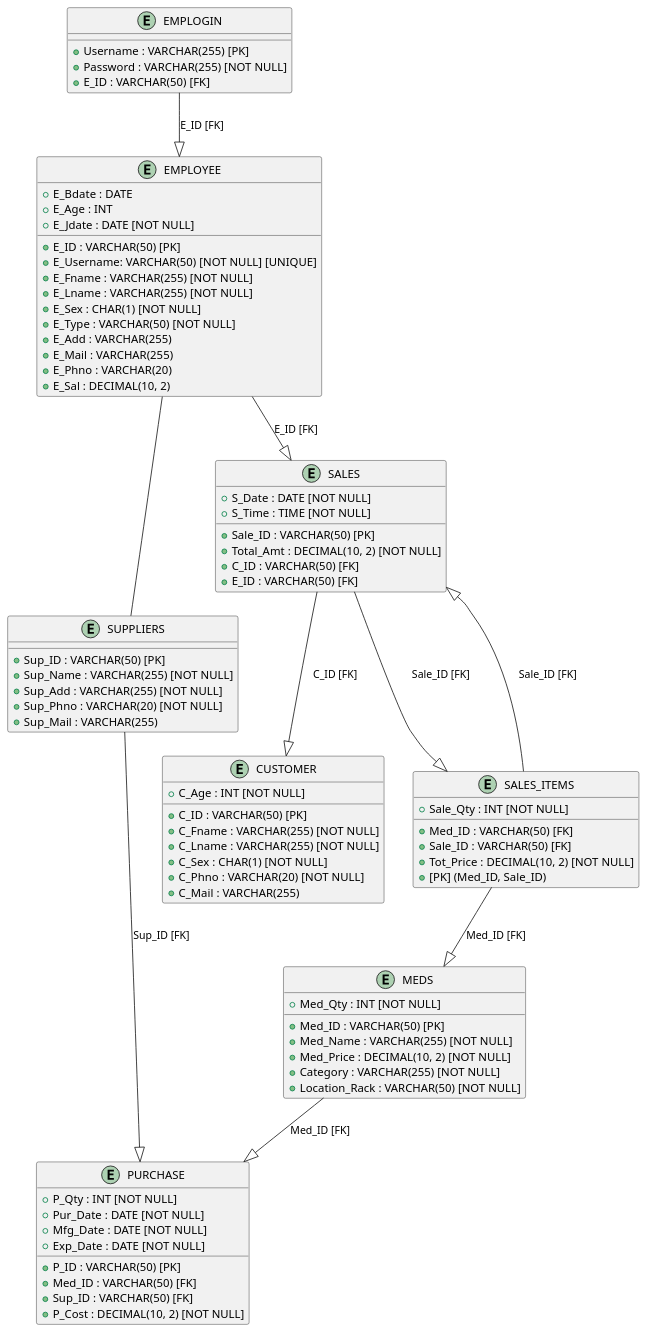
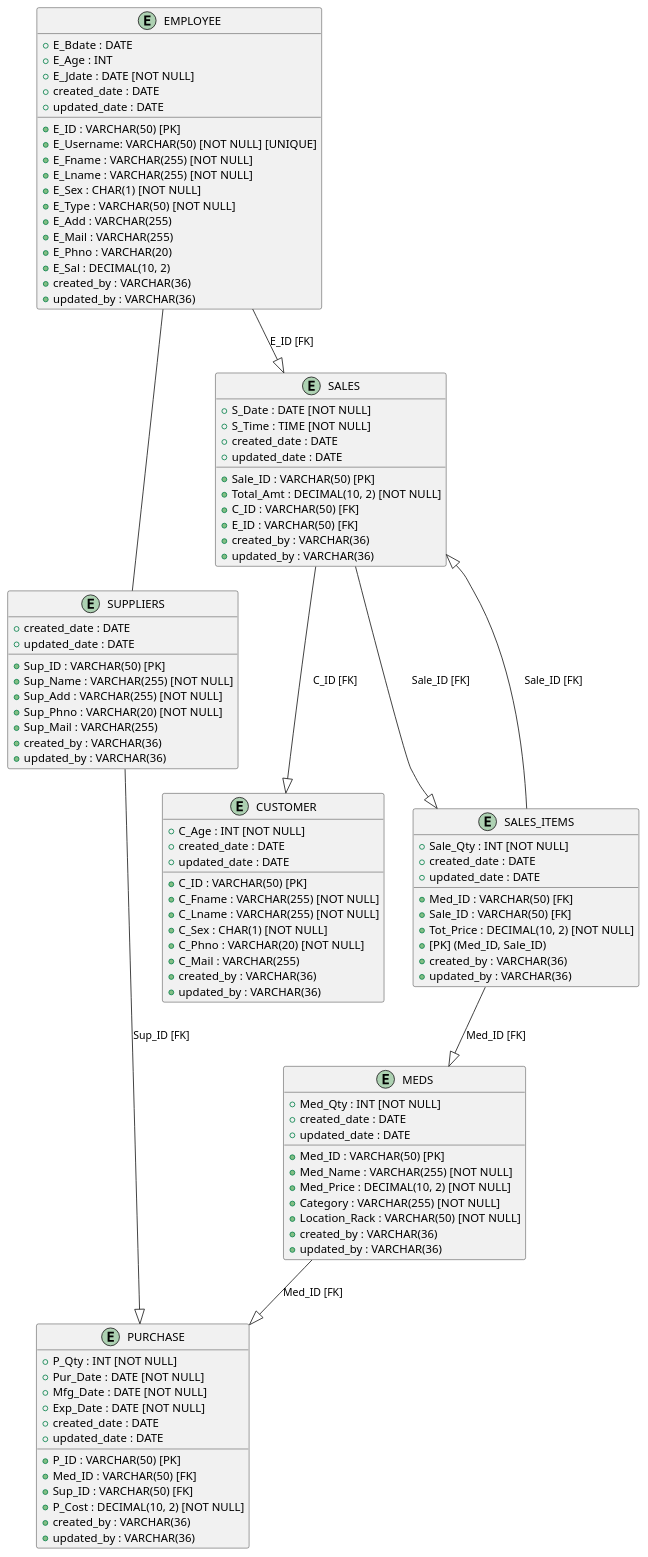
One commit to viettq1997/pharmacy-system changed the diagram in design/RDM.puml. Above: the diagram before and after it, drawn with PlantUML. The commit also changed 11 other files, not shown here.

```diff
--- a/design/RDM.puml
+++ b/design/RDM.puml
@@ -1,88 +1,110 @@
 @startuml
-entity "EMPLOGIN" as EmpLogin {
-  + Username : VARCHAR(255) [PK]
-  + Password : VARCHAR(255) [NOT NULL]
-  + E_ID : VARCHAR(50) [FK]
-}
 
 entity "EMPLOYEE" as Employee {
   + E_ID : VARCHAR(50) [PK]
   + E_Username: VARCHAR(50) [NOT NULL] [UNIQUE]
   + E_Fname : VARCHAR(255) [NOT NULL]
   + E_Lname : VARCHAR(255) [NOT NULL]
   + E_Bdate : DATE
   + E_Age : INT
   + E_Sex : CHAR(1) [NOT NULL]
   + E_Type : VARCHAR(50) [NOT NULL]
   + E_Jdate : DATE [NOT NULL]
   + E_Add : VARCHAR(255)
   + E_Mail : VARCHAR(255)
   + E_Phno : VARCHAR(20)
   + E_Sal : DECIMAL(10, 2)
+  + created_date : DATE
+  + created_by : VARCHAR(36)
+  + updated_date : DATE
+  + updated_by : VARCHAR(36)
 }
 
 entity "SUPPLIERS" as Suppliers {
   + Sup_ID : VARCHAR(50) [PK]
   + Sup_Name : VARCHAR(255) [NOT NULL]
   + Sup_Add : VARCHAR(255) [NOT NULL]
   + Sup_Phno : VARCHAR(20) [NOT NULL]
   + Sup_Mail : VARCHAR(255)
+  + created_date : DATE
+  + created_by : VARCHAR(36)
+  + updated_date : DATE
+  + updated_by : VARCHAR(36)
 }
 
 entity "CUSTOMER" as Customer {
   + C_ID : VARCHAR(50) [PK]
   + C_Fname : VARCHAR(255) [NOT NULL]
   + C_Lname : VARCHAR(255) [NOT NULL]
   + C_Age : INT [NOT NULL]
   + C_Sex : CHAR(1) [NOT NULL]
   + C_Phno : VARCHAR(20) [NOT NULL]
   + C_Mail : VARCHAR(255)
+  + created_date : DATE
+  + created_by : VARCHAR(36)
+  + updated_date : DATE
+  + updated_by : VARCHAR(36)
 }
 
 entity "MEDS" as Meds {
   + Med_ID : VARCHAR(50) [PK]
   + Med_Name : VARCHAR(255) [NOT NULL]
   + Med_Qty : INT [NOT NULL]
   + Med_Price : DECIMAL(10, 2) [NOT NULL]
   + Category : VARCHAR(255) [NOT NULL]
   + Location_Rack : VARCHAR(50) [NOT NULL]
+  + created_date : DATE
+  + created_by : VARCHAR(36)
+  + updated_date : DATE
+  + updated_by : VARCHAR(36)
 }
 
 entity "PURCHASE" as Purchase {
   + P_ID : VARCHAR(50) [PK]
   + Med_ID : VARCHAR(50) [FK]
   + Sup_ID : VARCHAR(50) [FK]
   + P_Qty : INT [NOT NULL]
   + P_Cost : DECIMAL(10, 2) [NOT NULL]
   + Pur_Date : DATE [NOT NULL]
   + Mfg_Date : DATE [NOT NULL]
   + Exp_Date : DATE [NOT NULL]
+  + created_date : DATE
+  + created_by : VARCHAR(36)
+  + updated_date : DATE
+  + updated_by : VARCHAR(36)
 }
 
 entity "SALES" as Sales {
   + Sale_ID : VARCHAR(50) [PK]
   + S_Date : DATE [NOT NULL]
   + S_Time : TIME [NOT NULL]
   + Total_Amt : DECIMAL(10, 2) [NOT NULL]
   + C_ID : VARCHAR(50) [FK]
   + E_ID : VARCHAR(50) [FK]
+  + created_date : DATE
+  + created_by : VARCHAR(36)
+  + updated_date : DATE
+  + updated_by : VARCHAR(36)
 }
 
 entity "SALES_ITEMS" as SalesItems {
   + Med_ID : VARCHAR(50) [FK]
   + Sale_ID : VARCHAR(50) [FK]
   + Sale_Qty : INT [NOT NULL]
   + Tot_Price : DECIMAL(10, 2) [NOT NULL]
   + [PK] (Med_ID, Sale_ID)
+  + created_date : DATE
+  + created_by : VARCHAR(36)
+  + updated_date : DATE
+  + updated_by : VARCHAR(36)
 }
 
-EmpLogin --|> Employee : E_ID [FK]
 Employee --|> Sales : E_ID [FK]
 Employee -- Suppliers
 Sales --|> SalesItems : Sale_ID [FK]
 SalesItems --|> Meds : Med_ID [FK]
 SalesItems --|> Sales : Sale_ID [FK]
 Meds --|> Purchase : Med_ID [FK]
 Suppliers --|> Purchase : Sup_ID [FK]
 Sales --|> Customer : C_ID [FK]
 @enduml
```
